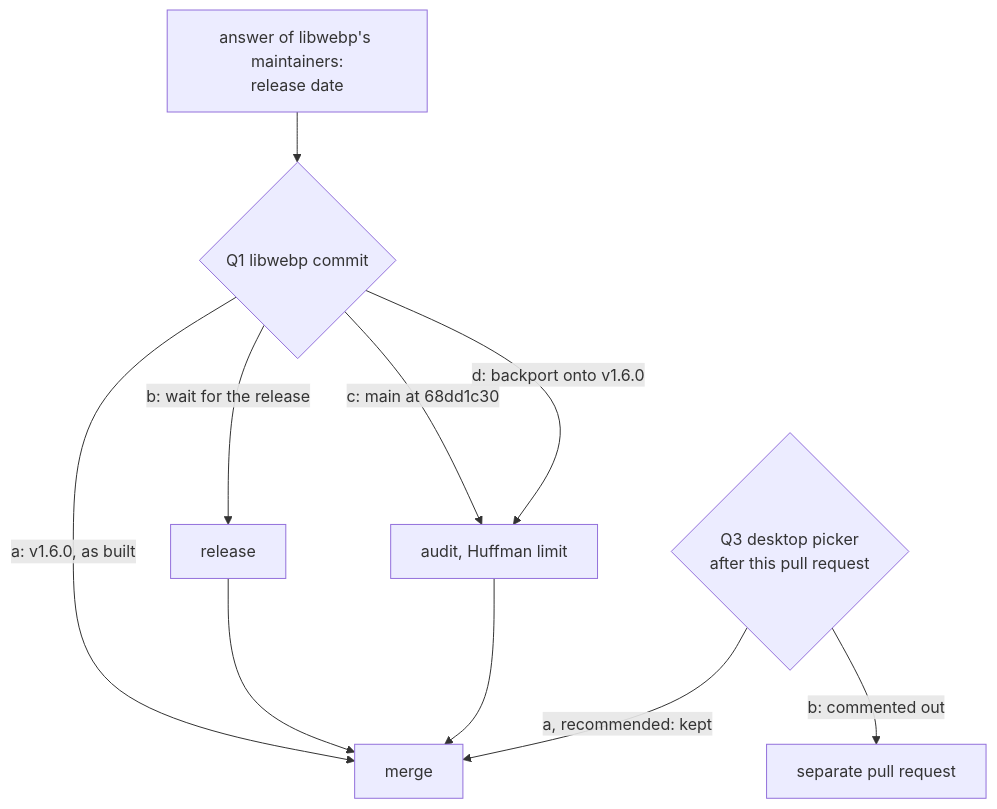
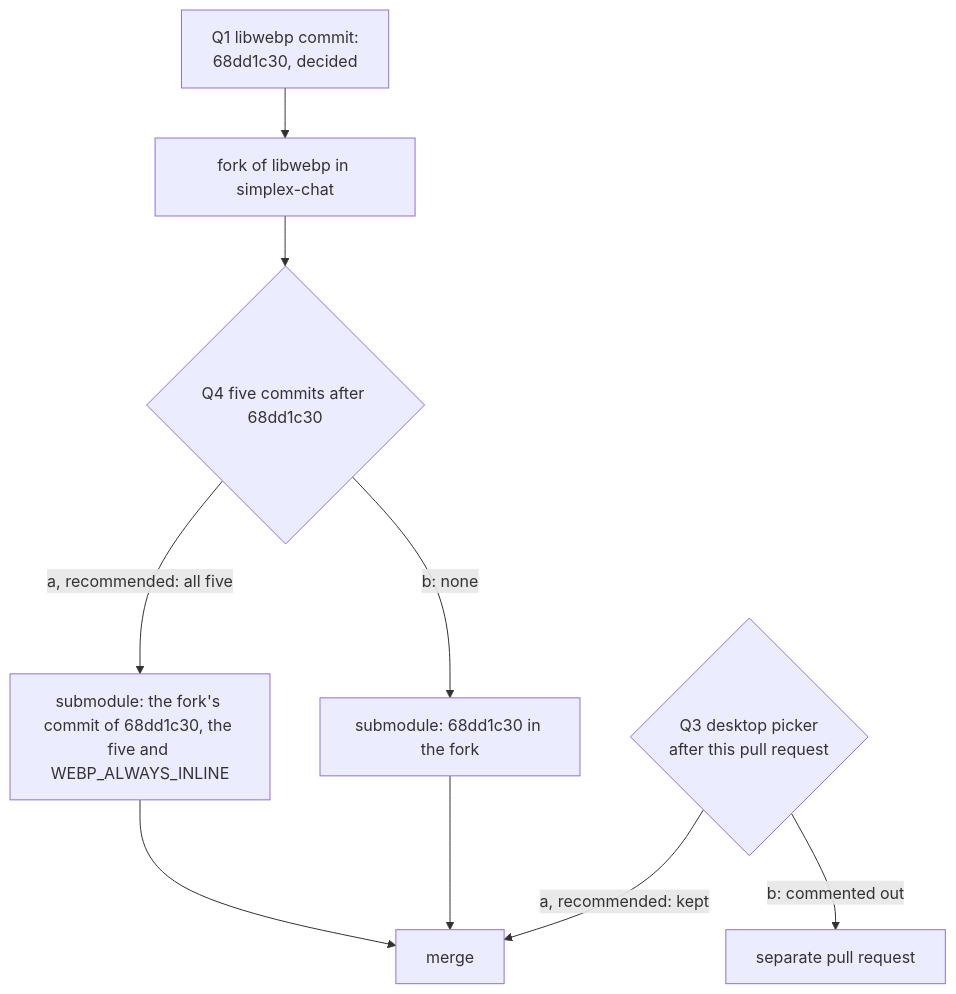
The first of 7 diagrams in plans/2026-11-22-core-webp-decoding.md (simplex-chat/simplex-chat), drawn with Mermaid before and after one commit. The commit also changed other lines of this file, not shown here.

Commit message:
docs: decide libwebp 68dd1c30 and the memory count of WebP decoding

````diff
--- a/plans/2026-11-22-core-webp-decoding.md
+++ b/plans/2026-11-22-core-webp-decoding.md
@@ -111,10 +116,11 @@
 ```mermaid
 flowchart TD
-  A["answer of libwebp's maintainers:<br>release date"] --> Q1{"Q1 libwebp commit"}
-  Q1 -->|"a: v1.6.0, as built"| B["merge"]
-  Q1 -->|"b: wait for the release"| R["release"] --> B
-  Q1 -->|"c: main at 68dd1c30"| U["audit, Huffman limit"] --> B
-  Q1 -->|"d: backport onto v1.6.0"| U
+  Q1["Q1 libwebp commit:<br>68dd1c30, decided"] --> FK["fork of libwebp in simplex-chat"]
+  FK --> Q4{"Q4 five commits after 68dd1c30"}
+  Q4 -->|"a, recommended: all five"| F5["submodule: the fork's commit of 68dd1c30, the five and WEBP_ALWAYS_INLINE"]
+  Q4 -->|"b: none"| F0["submodule: 68dd1c30 in the fork"]
+  F5 --> B["merge"]
+  F0 --> B
   Q3{"Q3 desktop picker<br>after this pull request"} -->|"a, recommended: kept"| B
   Q3 -->|"b: commented out"| P["separate pull request"]
 ```
````
